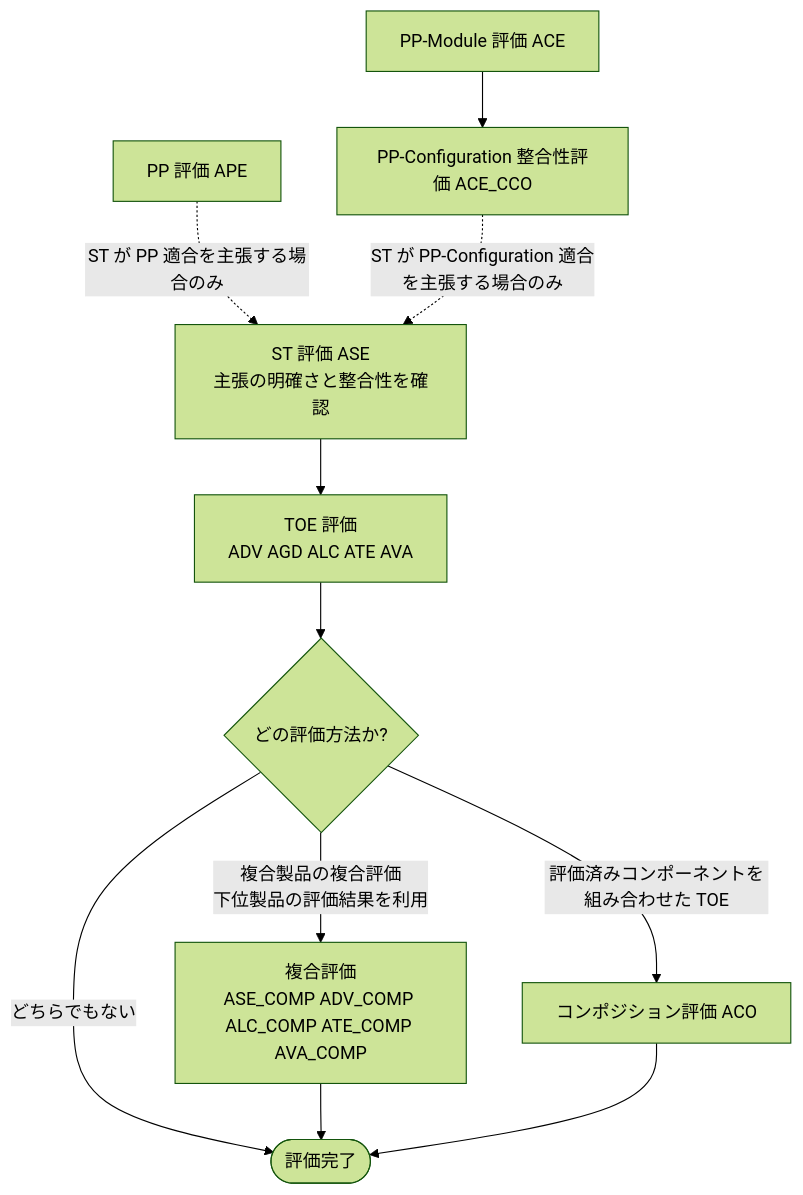
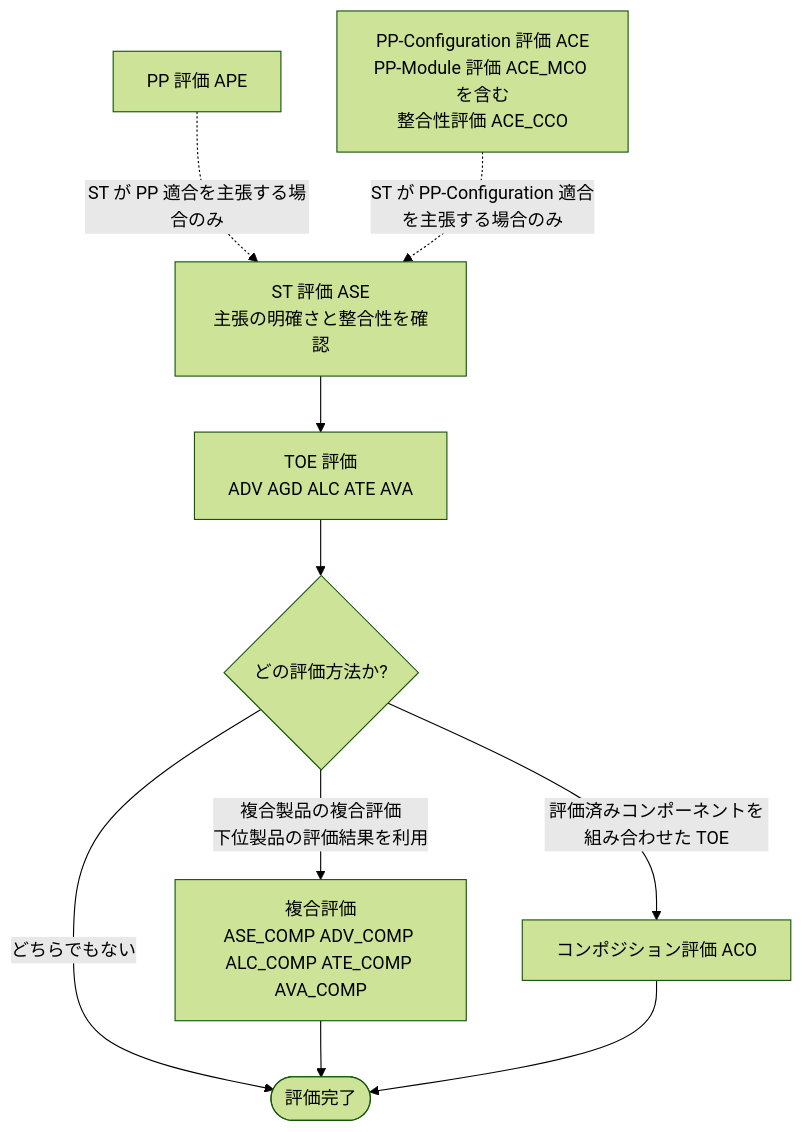
One commit to myoshi2891/Security_Studies changed the tenth of 18 diagrams in Iso-iec-18045-2026-guide.md. Above: the diagram before and after it, drawn with Mermaid (forest theme). The commit also changed other lines of this file, not shown here.

````diff
--- a/Iso-iec-18045-2026-guide.md
+++ b/Iso-iec-18045-2026-guide.md
@@ -379,13 +378,13 @@
 ```mermaid
 flowchart TD
     PP["PP 評価 APE"] -.->|"ST が PP 適合を主張する場合のみ"| ST
-    PM["PP-Module 評価 ACE"] --> PC["PP-Configuration 整合性評価 ACE_CCO"]
+    PC["PP-Configuration 評価 ACE<br/>PP-Module 評価 ACE_MCO を含む<br/>整合性評価 ACE_CCO"]
     PC -.->|"ST が PP-Configuration 適合を主張する場合のみ"| ST
     ST["ST 評価 ASE<br/>主張の明確さと整合性を確認"] --> TOE
     TOE["TOE 評価<br/>ADV AGD ALC ATE AVA"] --> COMP{"どの評価方法か?"}
     COMP -->|"複合製品の複合評価<br/>下位製品の評価結果を利用"| CPE["複合評価<br/>ASE_COMP ADV_COMP ALC_COMP ATE_COMP AVA_COMP"]
     COMP -->|"評価済みコンポーネントを組み合わせた TOE"| ACO["コンポジション評価 ACO"]
     COMP -->|"どちらでもない"| END(["評価完了"])
     CPE --> END
     ACO --> END
 ```
````
